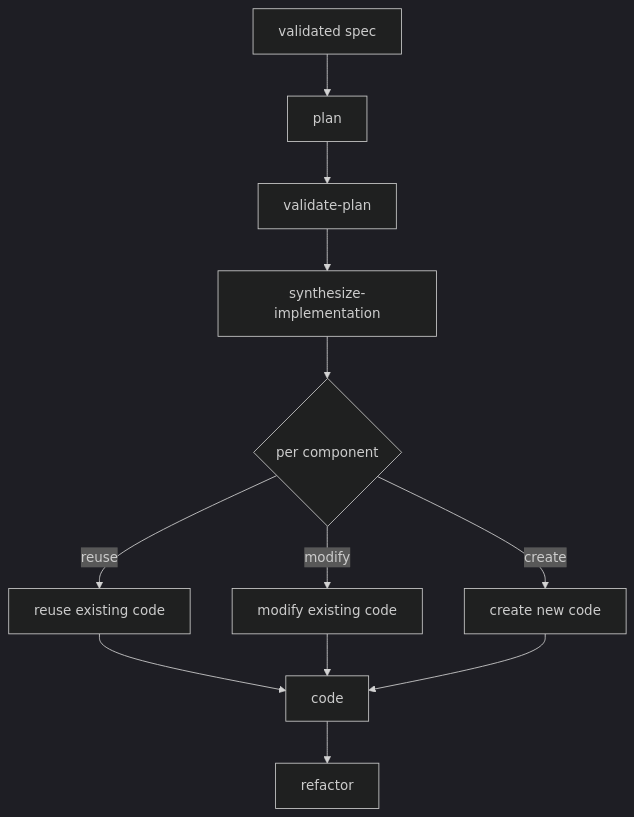
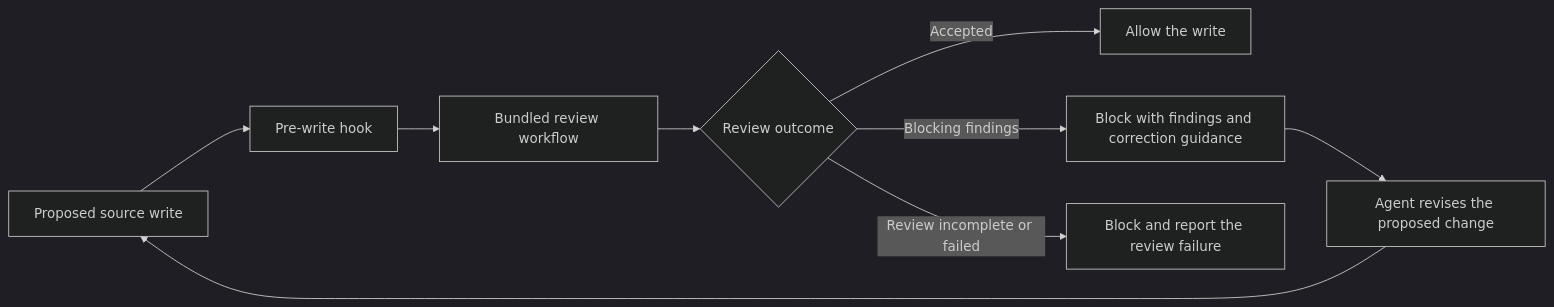
Before and after one commit to Swift-Gurus/solid-coder: the second of 2 diagrams in README.md, drawn with Mermaid (dark theme). The commit also changed other lines of this file and 52 other files, not shown here.

````diff
--- a/README.md
+++ b/README.md
@@ -149,14 +85,11 @@
 ```mermaid
-flowchart TD
-    S[validated spec] --> P[plan]
-    P --> VP[validate-plan]
-    VP --> SI[synthesize-implementation]
-    SI --> D{per component}
-    D -->|reuse| RU[reuse existing code]
-    D -->|modify| MO[modify existing code]
-    D -->|create| CR[create new code]
-    RU --> C[code]
-    MO --> C
-    CR --> C
-    C --> R[refactor]
+flowchart LR
+    Write[Proposed source write] --> Hook[Pre-write hook]
+    Hook --> Review[Bundled review workflow]
+    Review --> Decision{Review outcome}
+    Decision -->|Accepted| Apply[Allow the write]
+    Decision -->|Blocking findings| Block[Block with findings and correction guidance]
+    Block --> Revise[Agent revises the proposed change]
+    Revise --> Write
+    Decision -->|Review incomplete or failed| Failure[Block and report the review failure]
 ```
````
